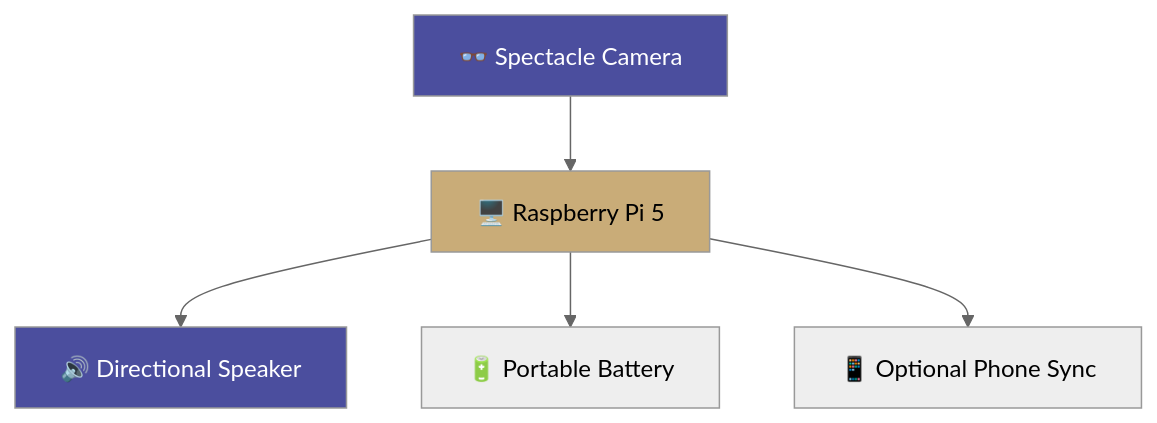
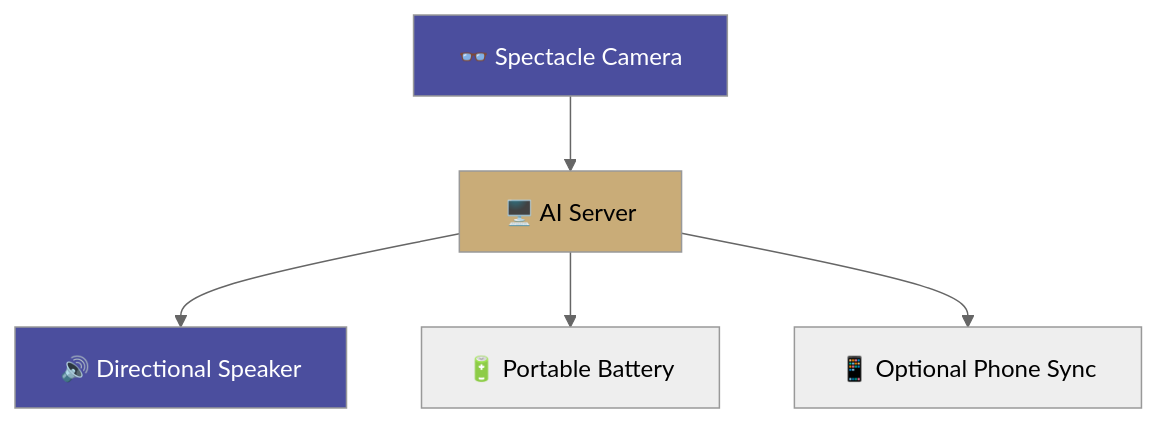
One commit to rajin-khan/AIris changed the first of 2 diagrams in README.md. Above: the diagram before and after it, drawn with Mermaid (neutral theme). The commit also changed 89 other files, not shown here.

Commit message:
Final app and final app 2 with esp32 cam connection flow

````diff
--- a/README.md
+++ b/README.md
@@ -43,11 +43,11 @@
 ```mermaid
 graph TB
-    A[👓 Spectacle Camera] --> B[🖥️ Raspberry Pi 5]
+    A[👓 Spectacle Camera] --> B[🖥️ AI Server]
     B --> C[🔊 Directional Speaker]
     B --> D[🔋 Portable Battery]
     B --> E[📱 Optional Phone Sync]
     
     style A fill:#4B4E9E,color:#fff
     style B fill:#C9AC78,color:#000
     style C fill:#4B4E9E,color:#fff
 ```
````
